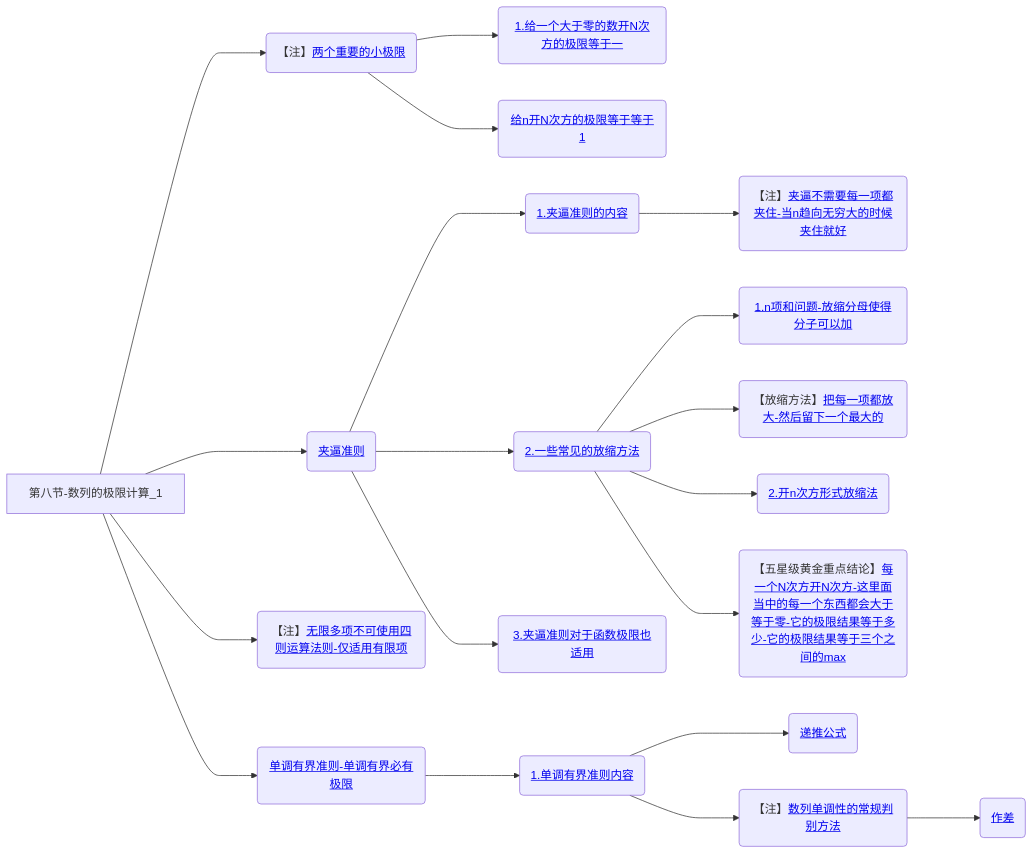
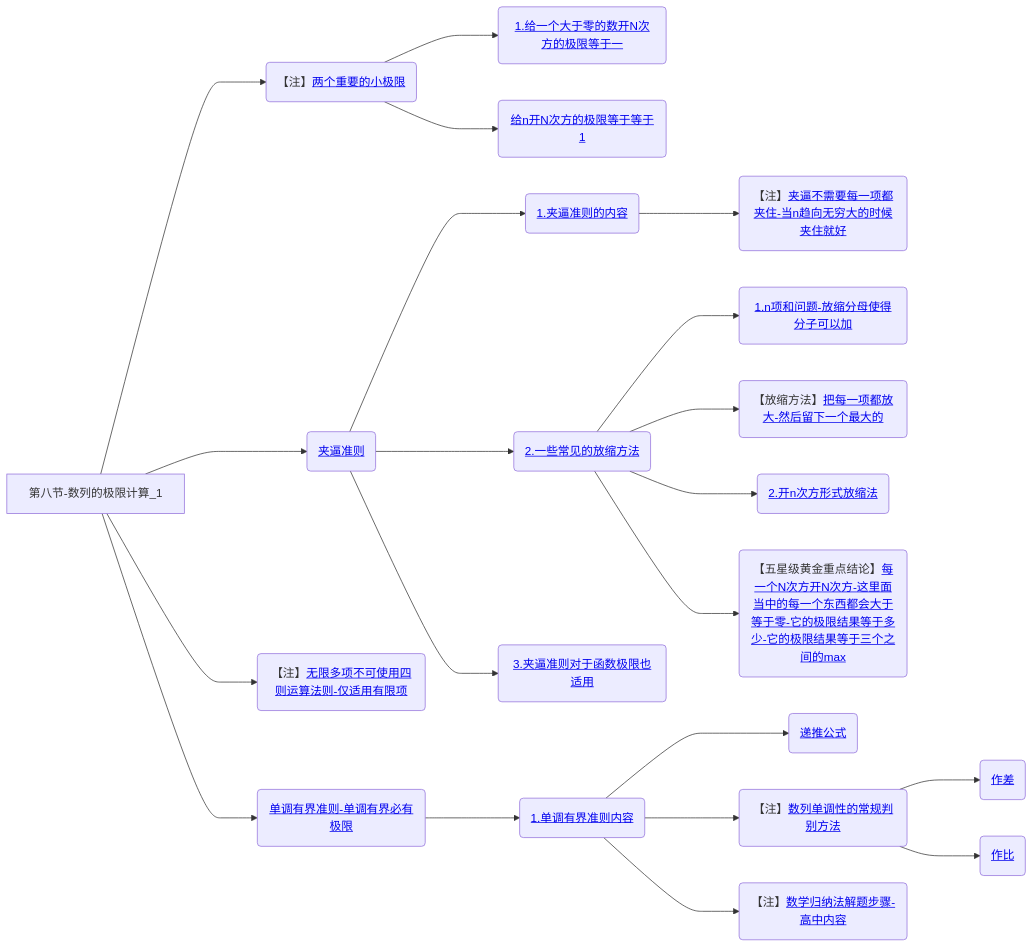
One commit to yuebinghui/note changed the eighth of 8 diagrams in 笔记/数学/周洋鑫/01.基础班思维导图.md. Above: the diagram before and after it, drawn with Mermaid. The commit also changed 6 other files, not shown here.

````diff
--- a/笔记/数学/周洋鑫/01.基础班思维导图.md
+++ b/笔记/数学/周洋鑫/01.基础班思维导图.md
@@ -311,29 +311,31 @@
 ```mermaid
 graph LR
 第八节-数列的极限计算_1
 
 第八节-数列的极限计算_1--->两个重要的小极限(【注】<a href="/Users/yuebinghui/Documents/program/github/note/笔记/数学/周洋鑫/基础班/08.数列的极限计算_1.md#两个重要的小极限">两个重要的小极限</>)
 两个重要的小极限--->1.给一个大于零的数开N次方的极限等于一(<a href="/Users/yuebinghui/Documents/program/github/note/笔记/数学/周洋鑫/基础班/08.数列的极限计算_1.md#1.给一个大于零的数开N次方的极限等于一">1.给一个大于零的数开N次方的极限等于一</>)
 两个重要的小极限--->给n开N次方的极限等于等于1(<a href="/Users/yuebinghui/Documents/program/github/note/笔记/数学/周洋鑫/基础班/08.数列的极限计算_1.md#给n开N次方的极限等于等于1">给n开N次方的极限等于等于1</>)
 
 第八节-数列的极限计算_1--->夹逼准则(<a href="/Users/yuebinghui/Documents/program/github/note/笔记/数学/周洋鑫/基础班/08.数列的极限计算_1.md#夹逼准则">夹逼准则</>)
 夹逼准则--->1.夹逼准则的内容(<a href="/Users/yuebinghui/Documents/program/github/note/笔记/数学/周洋鑫/基础班/08.数列的极限计算_1.md#1.夹逼准则的内容">1.夹逼准则的内容</>)
 1.夹逼准则的内容--->夹逼不需要每一项都夹住-当n趋向无穷大的时候夹住就好(【注】<a href="/Users/yuebinghui/Documents/program/github/note/笔记/数学/周洋鑫/基础班/08.数列的极限计算_1.md#夹逼不需要每一项都夹住-当n趋向无穷大的时候夹住就好">夹逼不需要每一项都夹住-当n趋向无穷大的时候夹住就好</>)
 
 第八节-数列的极限计算_1--->无限多项不可使用四则运算法则-仅适用有限项(【注】<a href="/Users/yuebinghui/Documents/program/github/note/笔记/数学/周洋鑫/基础班/08.数列的极限计算_1.md#无限多项不可使用四则运算法则-仅适用有限项">无限多项不可使用四则运算法则-仅适用有限项</>)
 
 夹逼准则--->2.一些常见的放缩方法(<a href="/Users/yuebinghui/Documents/program/github/note/笔记/数学/周洋鑫/基础班/08.数列的极限计算_1.md#2.一些常见的放缩方法">2.一些常见的放缩方法</>)
 2.一些常见的放缩方法--->1.n项和问题-放缩分母使得分子可以加(<a href="/Users/yuebinghui/Documents/program/github/note/笔记/数学/周洋鑫/基础班/08.数列的极限计算_1.md#1.n项和问题-放缩分母使得分子可以加">1.n项和问题-放缩分母使得分子可以加</>)
 2.一些常见的放缩方法--->把每一项都放大-然后留下一个最大的(【放缩方法】<a href="/Users/yuebinghui/Documents/program/github/note/笔记/数学/周洋鑫/基础班/08.数列的极限计算_1.md#把每一项都放大-然后留下一个最大的">把每一项都放大-然后留下一个最大的</>)
 2.一些常见的放缩方法--->2.开n次方形式放缩法(<a href="/Users/yuebinghui/Documents/program/github/note/笔记/数学/周洋鑫/基础班/08.数列的极限计算_1.md#2.开n次方形式放缩法">2.开n次方形式放缩法</>)
 2.一些常见的放缩方法--->每一个N次方开N次方-这里面当中的每一个东西都会大于等于零-它的极限结果等于多少-它的极限结果等于三个之间的max(【五星级黄金重点结论】<a href="/Users/yuebinghui/Documents/program/github/note/笔记/数学/周洋鑫/基础班/08.数列的极限计算_1.md#每一个N次方开N次方-这里面当中的每一个东西都会大于等于零-它的极限结果等于多少-它的极限结果等于三个之间的max">每一个N次方开N次方-这里面当中的每一个东西都会大于等于零-它的极限结果等于多少-它的极限结果等于三个之间的max</>)
 
 夹逼准则--->3.夹逼准则对于函数极限也适用(<a href="/Users/yuebinghui/Documents/program/github/note/笔记/数学/周洋鑫/基础班/08.数列的极限计算_1.md#3.夹逼准则对于函数极限也适用">3.夹逼准则对于函数极限也适用</>)
 
 第八节-数列的极限计算_1--->单调有界准则-单调有界必有极限(<a href="/Users/yuebinghui/Documents/program/github/note/笔记/数学/周洋鑫/基础班/08.数列的极限计算_1.md#单调有界准则-单调有界必有极限">单调有界准则-单调有界必有极限</>)
 单调有界准则-单调有界必有极限--->1.单调有界准则内容(<a href="/Users/yuebinghui/Documents/program/github/note/笔记/数学/周洋鑫/基础班/08.数列的极限计算_1.md#1.单调有界准则内容">1.单调有界准则内容</>)
 1.单调有界准则内容--->递推公式(<a href="/Users/yuebinghui/Documents/program/github/note/笔记/数学/周洋鑫/基础班/08.数列的极限计算_1.md#递推公式">递推公式</>)
 1.单调有界准则内容--->数列单调性的常规判别方法(【注】<a href="/Users/yuebinghui/Documents/program/github/note/笔记/数学/周洋鑫/基础班/08.数列的极限计算_1.md#数列单调性的常规判别方法">数列单调性的常规判别方法</>)
 数列单调性的常规判别方法--->作差(<a href="/Users/yuebinghui/Documents/program/github/note/笔记/数学/周洋鑫/基础班/08.数列的极限计算_1.md#作差">作差</>)
+数列单调性的常规判别方法--->作比(<a href="/Users/yuebinghui/Documents/program/github/note/笔记/数学/周洋鑫/基础班/08.数列的极限计算_1.md#作比">作比</>)
+1.单调有界准则内容--->数学归纳法解题步骤-高中内容(【注】<a href="/Users/yuebinghui/Documents/program/github/note/笔记/数学/周洋鑫/基础班/08.数列的极限计算_1.md#数学归纳法解题步骤-高中内容">数学归纳法解题步骤-高中内容</>)
 
 ```
````
